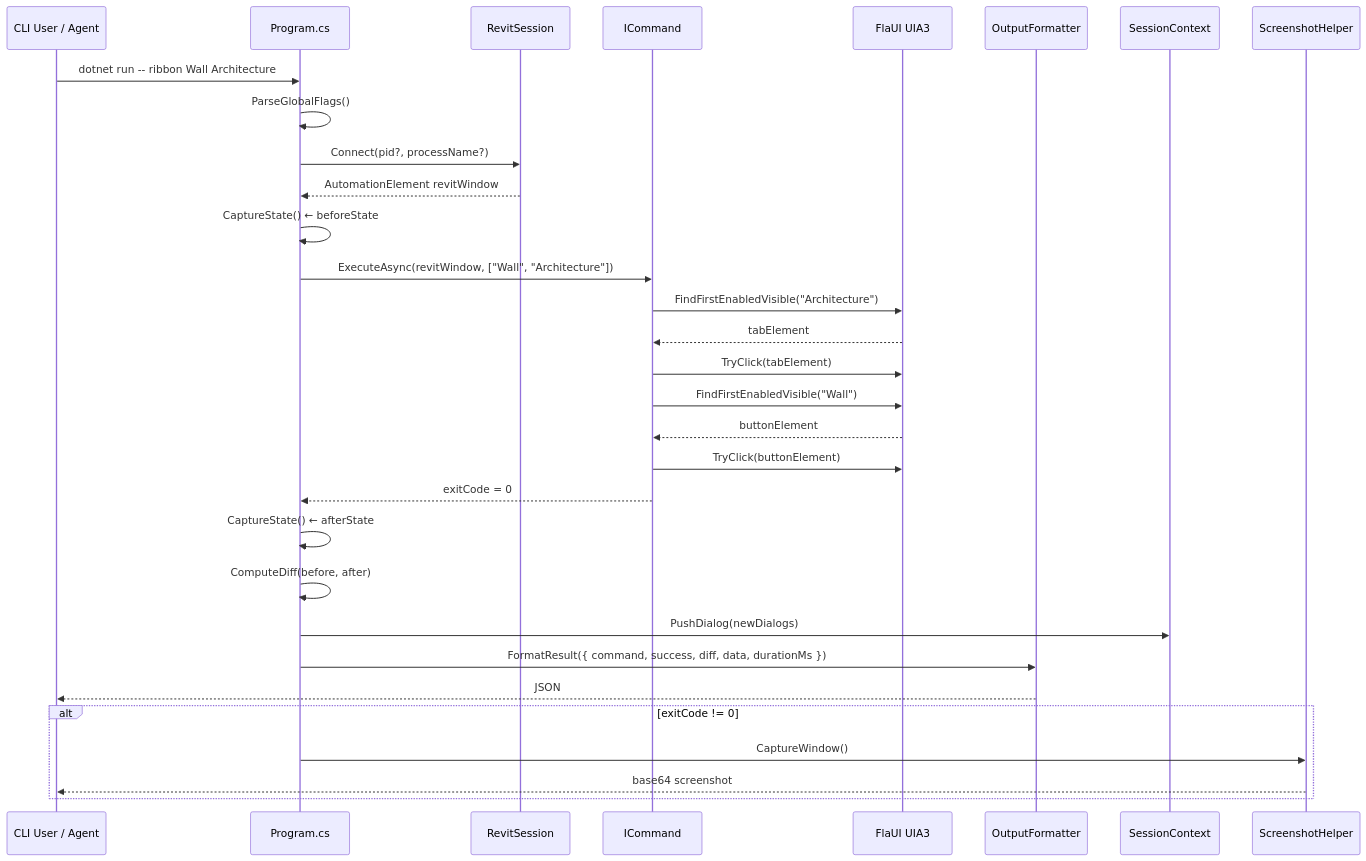
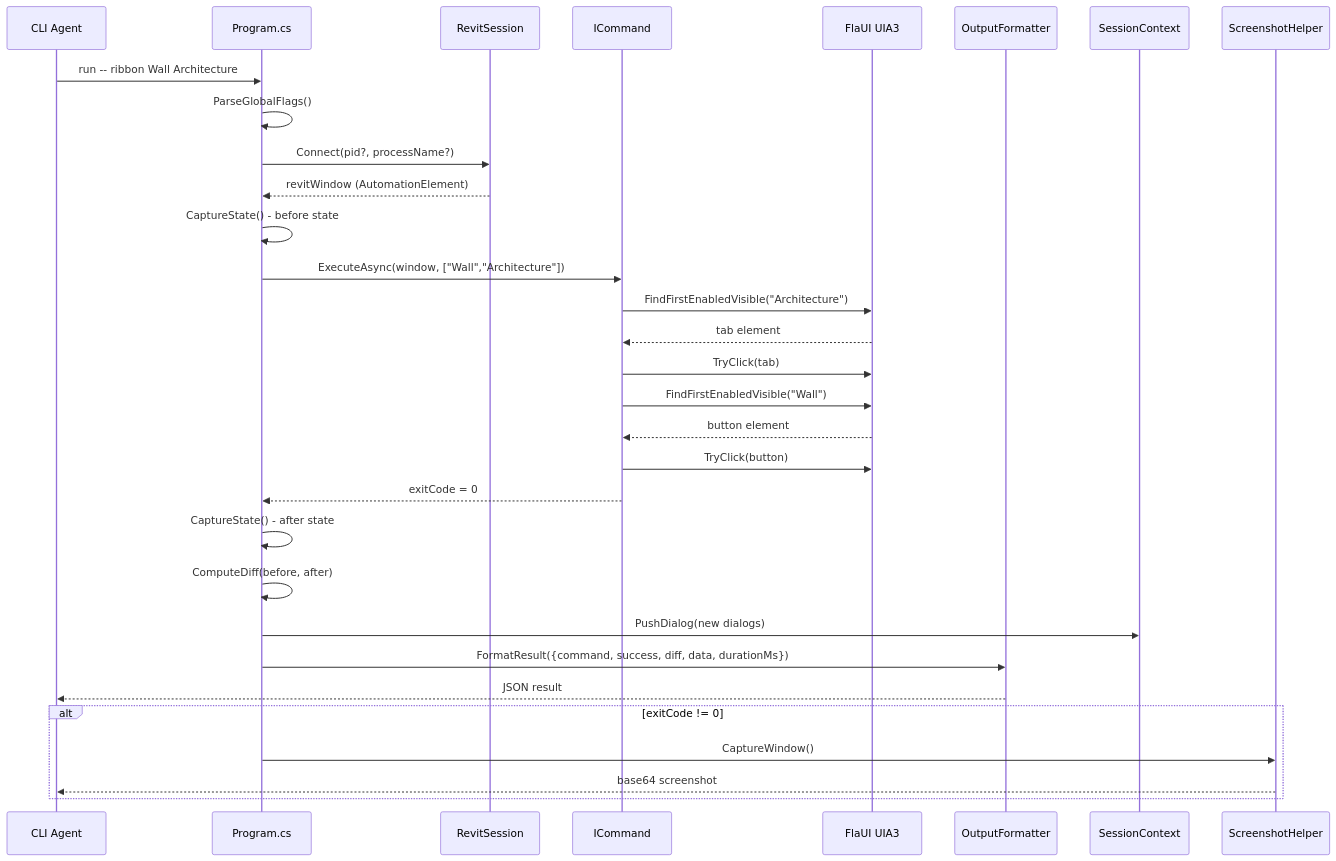
Before and after one commit to rubimtech/UiController: the second of 6 diagrams in README.md, drawn with Mermaid. The commit also changed other lines of this file and 33 other files, not shown here.

````diff
--- a/README.md
+++ b/README.md
@@ -411,32 +411,32 @@
 ```mermaid
 sequenceDiagram
-    participant CLI as CLI User / Agent
+    participant CLI as CLI Agent
     participant Program as Program.cs
     participant Session as RevitSession
     participant Cmd as ICommand
     participant FlaUI as FlaUI UIA3
     participant Output as OutputFormatter
 
-    CLI->>Program: dotnet run -- ribbon Wall Architecture
+    CLI->>Program: run -- ribbon Wall Architecture
     Program->>Program: ParseGlobalFlags()
     Program->>Session: Connect(pid?, processName?)
-    Session-->>Program: AutomationElement revitWindow
-    Program->>Program: CaptureState() ← beforeState
-    Program->>Cmd: ExecuteAsync(revitWindow, ["Wall", "Architecture"])
+    Session-->>Program: revitWindow (AutomationElement)
+    Program->>Program: CaptureState() - before state
+    Program->>Cmd: ExecuteAsync(window, ["Wall","Architecture"])
     Cmd->>FlaUI: FindFirstEnabledVisible("Architecture")
-    FlaUI-->>Cmd: tabElement
-    Cmd->>FlaUI: TryClick(tabElement)
+    FlaUI-->>Cmd: tab element
+    Cmd->>FlaUI: TryClick(tab)
     Cmd->>FlaUI: FindFirstEnabledVisible("Wall")
-    FlaUI-->>Cmd: buttonElement
-    Cmd->>FlaUI: TryClick(buttonElement)
+    FlaUI-->>Cmd: button element
+    Cmd->>FlaUI: TryClick(button)
     Cmd-->>Program: exitCode = 0
-    Program->>Program: CaptureState() ← afterState
+    Program->>Program: CaptureState() - after state
     Program->>Program: ComputeDiff(before, after)
-    Program->>SessionContext: PushDialog(newDialogs)
-    Program->>Output: FormatResult({ command, success, diff, data, durationMs })
-    Output-->>CLI: JSON
+    Program->>SessionContext: PushDialog(new dialogs)
+    Program->>Output: FormatResult({command, success, diff, data, durationMs})
+    Output-->>CLI: JSON result
     alt exitCode != 0
         Program->>ScreenshotHelper: CaptureWindow()
         ScreenshotHelper-->>CLI: base64 screenshot
     end
 ```
````
